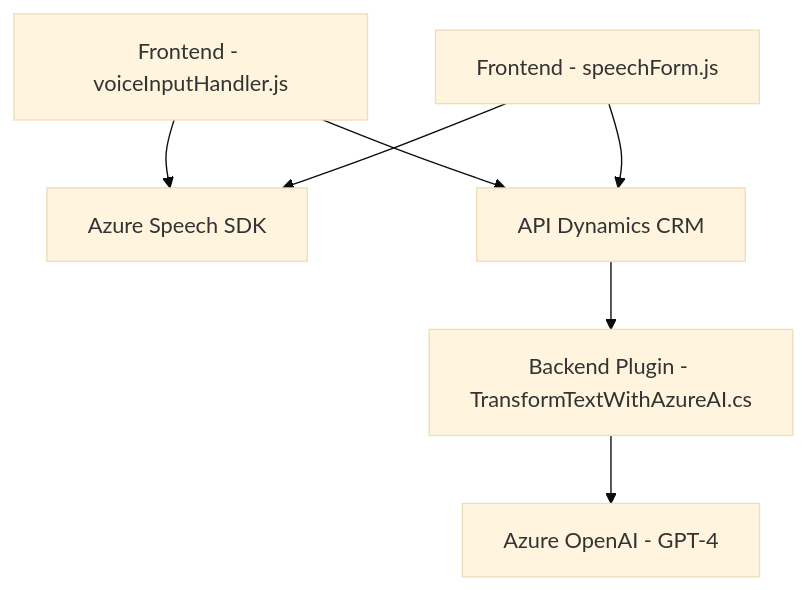
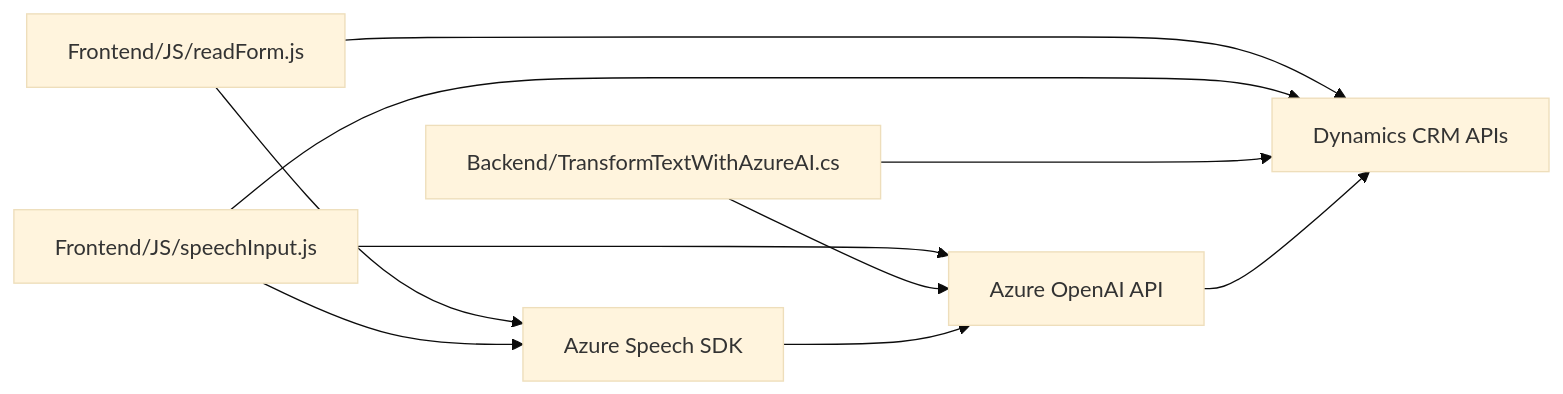
Before and after one commit to blopezdm/NETCORE_BILBAO2025: the diagram in README.md, drawn with Mermaid (base theme). The commit also changed other lines of this file, not shown here.

````diff
--- a/README.md
+++ b/README.md
@@ -46,16 +56,19 @@
 ```mermaid
-graph TD
-    A["Frontend - voiceInputHandler.js"]
-    B["Frontend - speechForm.js"]
-    C["Azure Speech SDK"]
-    D["API Dynamics CRM"]
-    E["Backend Plugin - TransformTextWithAzureAI.cs"]
-    F["Azure OpenAI - GPT-4"]
-    
-    A --> C
+graph LR
+    A["Frontend/JS/readForm.js"]
+    B["Frontend/JS/speechInput.js"]
+    C["Backend/TransformTextWithAzureAI.cs"]
+    D["Azure Speech SDK"]
+    E["Azure OpenAI API"]
+    F["Dynamics CRM APIs"]
+
     A --> D
-    B --> C
+    A --> F
     B --> D
+    B --> F
+    B --> E
+    C --> E
+    C --> F
     D --> E
     E --> F
 ```
````
